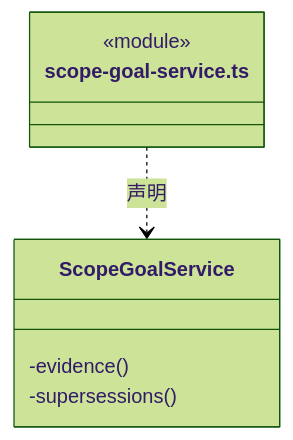
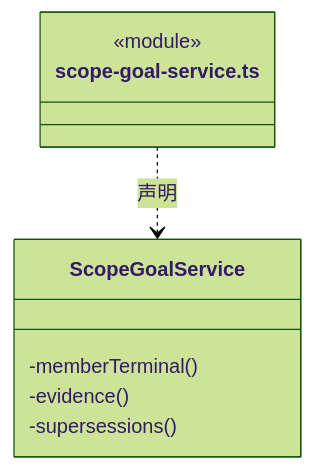
Before and after one commit to nan023062/cbim: diagram 12 of 22 in src/backend/scheduler-engine/goals/ARCHITECTURE.md, drawn with Mermaid (forest theme). The commit also changed other lines of this file and 41 other files, not shown here.

````diff
--- a/src/backend/scheduler-engine/goals/ARCHITECTURE.md
+++ b/src/backend/scheduler-engine/goals/ARCHITECTURE.md
@@ -285,11 +285,12 @@
 ```mermaid
 classDiagram
 class N_src_backend_scheduler_engine_goals_scope_goal_service_ts["scope-goal-service.ts"] {
   <<module>>
 }
 class N_src_backend_scheduler_engine_goals_scope_goal_service_ts_ScopeGoalService["ScopeGoalService"] {
+  -memberTerminal()
   -evidence()
   -supersessions()
 }
 N_src_backend_scheduler_engine_goals_scope_goal_service_ts ..> N_src_backend_scheduler_engine_goals_scope_goal_service_ts_ScopeGoalService : 声明
 ```
````
